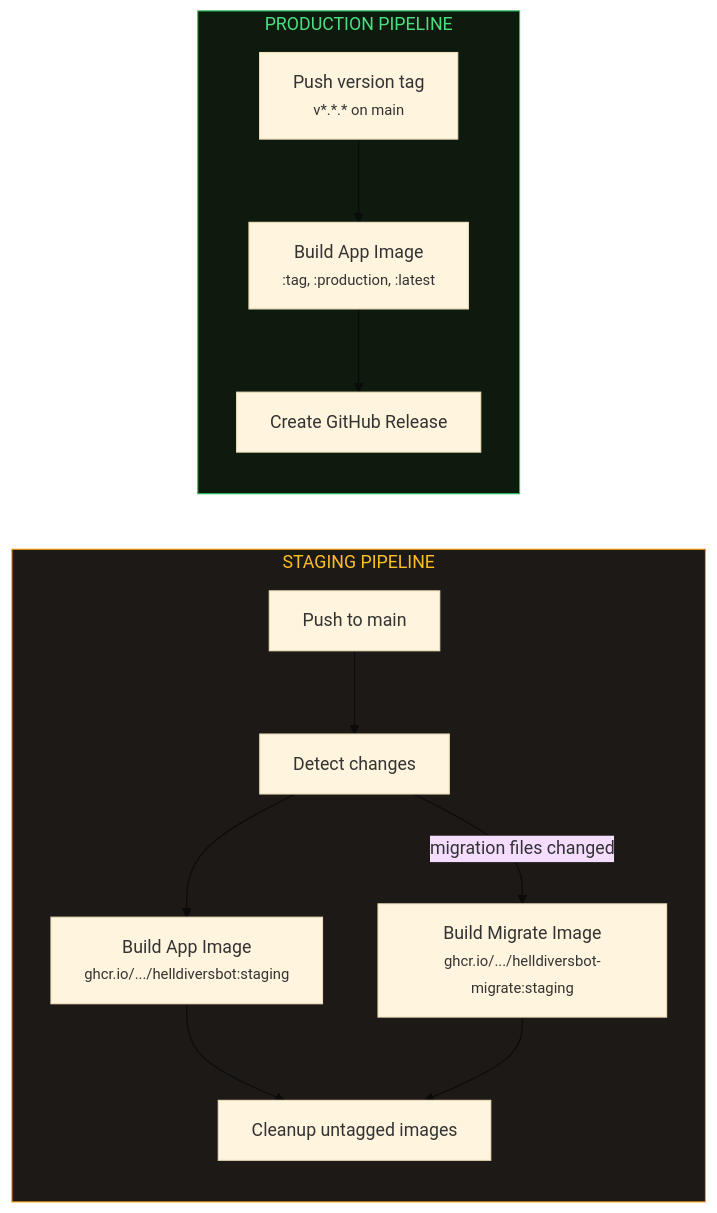
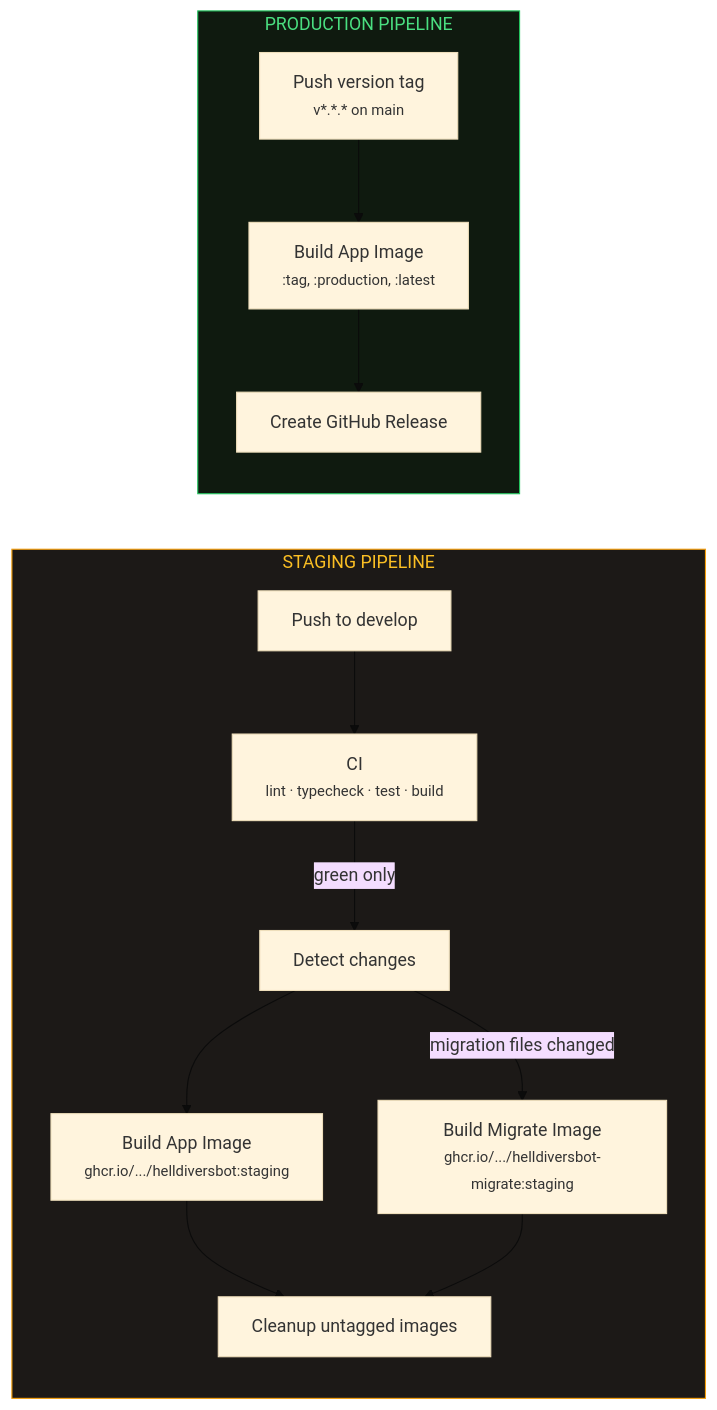
Before and after one commit to elfensky/helldivers.bot: the second of 3 diagrams in src/app/docs/infrastructure/page.mdx, drawn with Mermaid (base theme). The commit also changed other lines of this file and 1 other file, not shown here.

````diff
--- a/src/app/docs/infrastructure/page.mdx
+++ b/src/app/docs/infrastructure/page.mdx
@@ -135,18 +135,19 @@
 ```mermaid
 graph LR
     subgraph Staging["STAGING PIPELINE"]
-        PUSH["Push to main"] --> CHANGES["Detect changes"]
+        PUSH["Push to develop"] --> CI["CI<br/><small>lint · typecheck · test · build</small>"]
+        CI -->|"green only"| CHANGES["Detect changes"]
         CHANGES --> BUILD_APP["Build App Image<br/><small>ghcr.io/.../helldiversbot:staging</small>"]
         CHANGES -->|"migration files changed"| BUILD_MIG["Build Migrate Image<br/><small>ghcr.io/.../helldiversbot-migrate:staging</small>"]
         BUILD_APP --> CLEANUP["Cleanup untagged images"]
         BUILD_MIG --> CLEANUP
     end
 
     subgraph Production["PRODUCTION PIPELINE"]
         TAG["Push version tag<br/><small>v*.*.* on main</small>"] --> BUILD_PROD["Build App Image<br/><small>:tag, :production, :latest</small>"]
         BUILD_PROD --> RELEASE["Create GitHub Release"]
     end
 
     style Staging fill:#1c1917,stroke:#f59e0b,color:#fbbf24
     style Production fill:#0f1a0f,stroke:#22c55e,color:#4ade80
 ```
````
